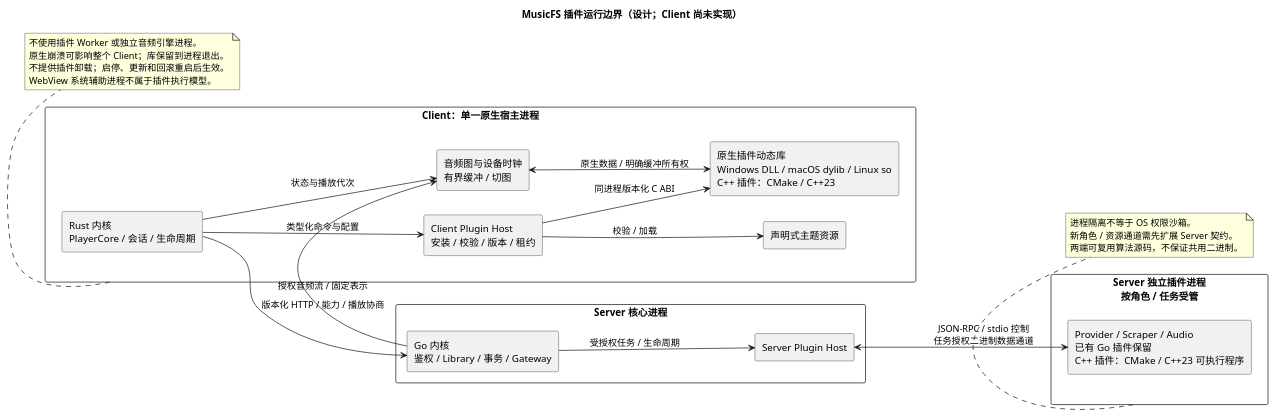
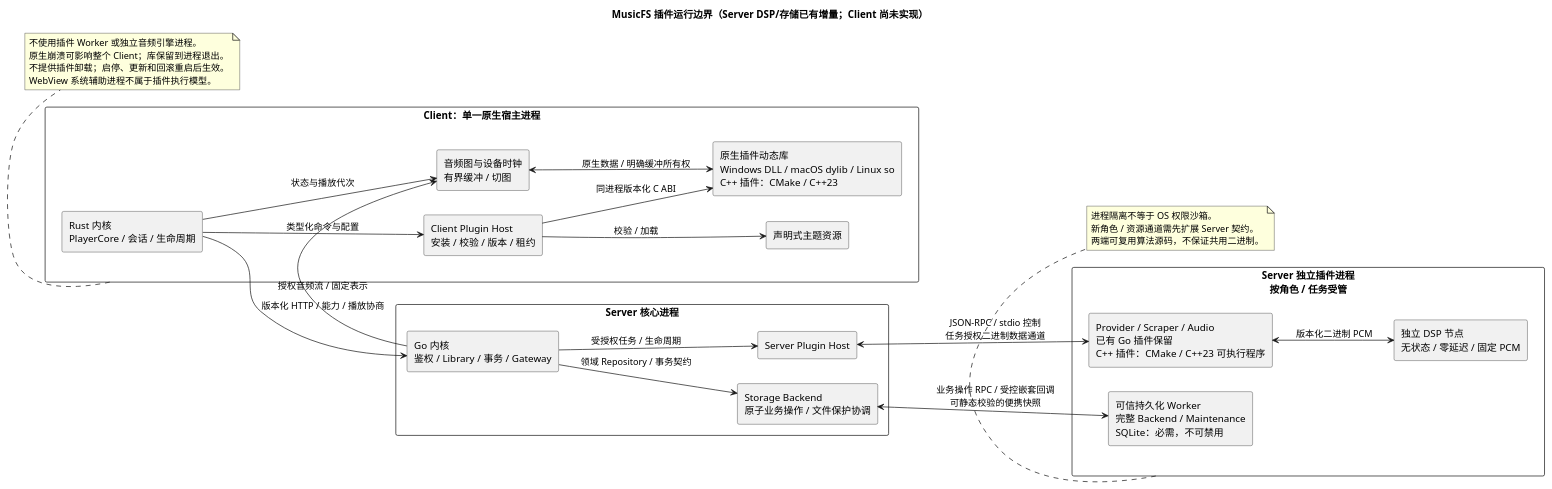
Before and after one commit to fnMrRice/MusicFS: the diagram in docs/diagrams/plugin-boundaries.puml, drawn with PlantUML. The commit also changed 2 other files, not shown here.

Commit message:
feat(plugins): 同步 DSP 与必需 SQLite 插件架构
同步 Server 子模块版本及已实现的插件边界。

```diff
--- a/docs/diagrams/plugin-boundaries.puml
+++ b/docs/diagrams/plugin-boundaries.puml
@@ -1,45 +1,51 @@
 @startuml
-title MusicFS 插件运行边界（设计；Client 尚未实现）
+title MusicFS 插件运行边界（Server DSP/存储已有增量；Client 尚未实现）
 left to right direction
 skinparam componentStyle rectangle
 
 rectangle "Client：单一原生宿主进程" as Client {
   component "Rust 内核\nPlayerCore / 会话 / 生命周期" as Core
   component "Client Plugin Host\n安装 / 校验 / 版本 / 租约" as CHost
   component "原生插件动态库\nWindows DLL / macOS dylib / Linux so\nC++ 插件：CMake / C++23" as Dll
   component "音频图与设备时钟\n有界缓冲 / 切图" as Audio
   component "声明式主题资源" as Theme
   Core --> CHost : 类型化命令与配置
   CHost --> Dll : 同进程版本化 C ABI
   Audio <--> Dll : 原生数据 / 明确缓冲所有权
   Core --> Audio : 状态与播放代次
   CHost --> Theme : 校验 / 加载
 }
 
 rectangle "Server 核心进程" as Server {
   component "Go 内核\n鉴权 / Library / 事务 / Gateway" as SCore
   component "Server Plugin Host" as SHost
+  component "Storage Backend\n原子业务操作 / 文件保护协调" as Storage
   SCore --> SHost : 受授权任务 / 生命周期
+  SCore --> Storage : 领域 Repository / 事务契约
 }
 
 rectangle "Server 独立插件进程\n按角色 / 任务受管" as Workers {
   component "Provider / Scraper / Audio\n已有 Go 插件保留\nC++ 插件：CMake / C++23 可执行程序" as Worker
+  component "独立 DSP 节点\n无状态 / 零延迟 / 固定 PCM" as DSP
+  component "可信持久化 Worker\n完整 Backend / Maintenance\nSQLite：必需，不可禁用" as DBWorker
+  Worker <--> DSP : 版本化二进制 PCM
 }
 
 Core --> SCore : 版本化 HTTP / 能力 / 播放协商
 SCore --> Audio : 授权音频流 / 固定表示
 SHost <--> Worker : JSON-RPC / stdio 控制\n任务授权二进制数据通道
+Storage <--> DBWorker : 业务操作 RPC / 受控嵌套回调\n可静态校验的便携快照
 
 note bottom of Client
   不使用插件 Worker 或独立音频引擎进程。
   原生崩溃可影响整个 Client；库保留到进程退出。
   不提供插件卸载；启停、更新和回滚重启后生效。
   WebView 系统辅助进程不属于插件执行模型。
 end note
 
 note bottom of Workers
   进程隔离不等于 OS 权限沙箱。
   新角色 / 资源通道需先扩展 Server 契约。
   两端可复用算法源码，不保证共用二进制。
 end note
 @enduml
```
